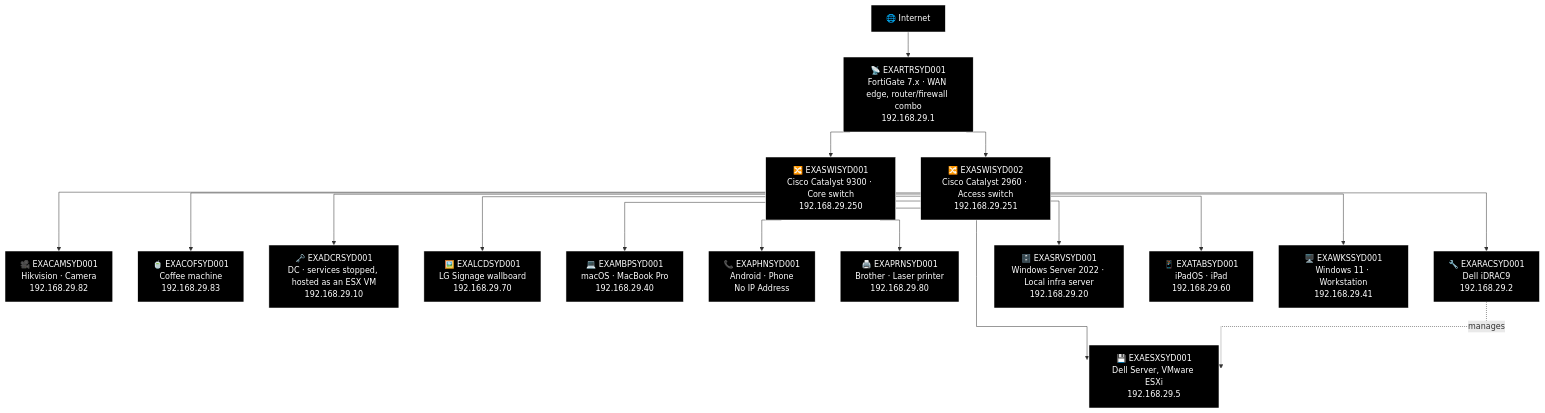
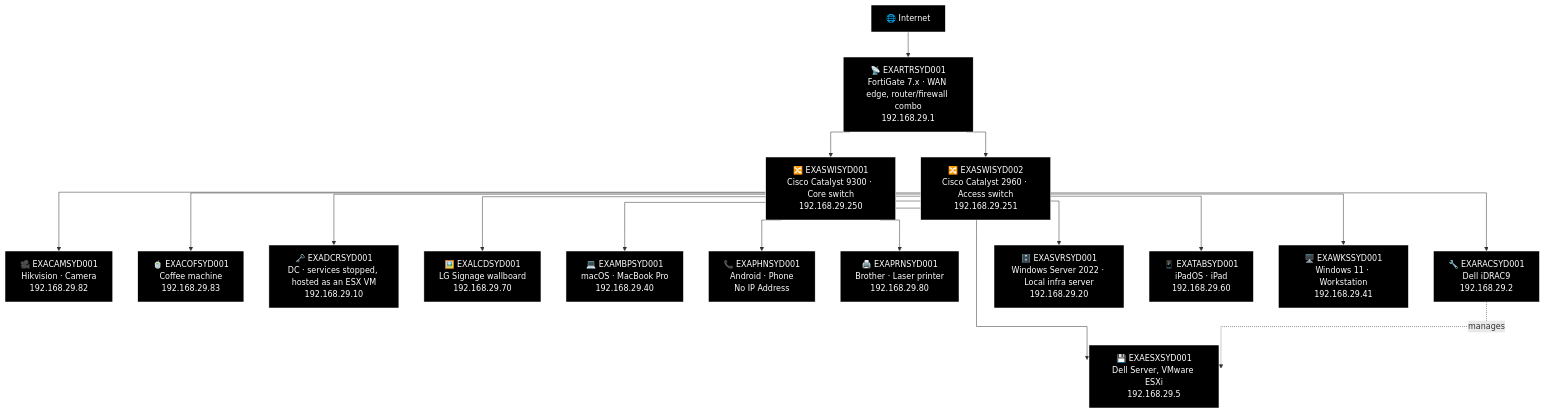
The first of 6 diagrams in docs/network-diagram/australia.md (knightmare2600/example_music_infra), drawn with Mermaid before and after one commit. The commit also changed other lines of this file and 44 other files, not shown here.

````diff
--- a/docs/network-diagram/australia.md
+++ b/docs/network-diagram/australia.md
@@ -33,55 +33,55 @@
 ```mermaid
 %% GENERATED:OLDNETWORK:SYD:START
 %%{init: {'flowchart': {'curve': 'stepAfter'}}}%%
 graph TD
     O_INET["🌐 Internet"]
     O_RTR["📡 EXARTRSYD001<br/>FortiGate 7.x · WAN edge, router/firewall combo<br/>192.168.29.1"]
     O_SWI1["🔀 EXASWISYD001<br/>Cisco Catalyst 9300 · Core switch<br/>192.168.29.250"]
     O_SWI2["🔀 EXASWISYD002<br/>Cisco Catalyst 2960 · Access switch<br/>192.168.29.251"]
     O_CAM["🎥 EXACAMSYD001<br/>Hikvision · Camera<br/>192.168.29.82"]
     O_COF["🍵 EXACOFSYD001<br/>Coffee machine<br/>192.168.29.83"]
     O_DCR["🗝️ EXADCRSYD001<br/>DC · services stopped, hosted as an ESX VM<br/>192.168.29.10"]
     O_ESX["💾 EXAESXSYD001<br/>Dell Server, VMware ESXi<br/>192.168.29.5"]
     O_LCD["🖼️ EXALCDSYD001<br/>LG Signage wallboard<br/>192.168.29.70"]
     O_MBP["💻 EXAMBPSYD001<br/>macOS · MacBook Pro<br/>192.168.29.40"]
     O_PHN["📞 EXAPHNSYD001<br/>Android · Phone<br/>No IP Address"]
     O_PRN["🖨️ EXAPRNSYD001<br/>Brother · Laser printer<br/>192.168.29.80"]
     O_RAC["🔧 EXARACSYD001<br/>Dell iDRAC9<br/>192.168.29.2"]
-    O_SRV["🗄️ EXASRVSYD001<br/>Windows Server 2022 · Local infra server<br/>192.168.29.20"]
+    O_SRV["🗄️ EXASVRSYD001<br/>Windows Server 2022 · Local infra server<br/>192.168.29.20"]
     O_TAB["📱 EXATABSYD001<br/>iPadOS · iPad<br/>192.168.29.60"]
     O_WKS["🖥️ EXAWKSSYD001<br/>Windows 11 · Workstation<br/>192.168.29.41"]
     O_INET --> O_RTR
     O_RTR --> O_SWI1
     O_RTR --> O_SWI2
     O_SWI1 --> O_CAM
     O_SWI1 --> O_COF
     O_SWI1 --> O_DCR
     O_SWI1 --> O_ESX
     O_SWI1 --> O_LCD
     O_SWI1 --> O_MBP
     O_SWI1 --> O_PHN
     O_SWI1 --> O_PRN
     O_SWI1 --> O_RAC
     O_RAC -.->|"manages"| O_ESX
     O_SWI1 --> O_SRV
     O_SWI1 --> O_TAB
     O_SWI1 --> O_WKS
 
     style O_INET fill:#000000,stroke:#FFFFFF,color:#FFFFFF
     style O_RTR fill:#000000,stroke:#FFFFFF,color:#FFFFFF
     style O_SWI1 fill:#000000,stroke:#FFFFFF,color:#FFFFFF
     style O_SWI2 fill:#000000,stroke:#FFFFFF,color:#FFFFFF
     style O_CAM fill:#000000,stroke:#FFFFFF,color:#FFFFFF
     style O_COF fill:#000000,stroke:#FFFFFF,color:#FFFFFF
     style O_DCR fill:#000000,stroke:#FFFFFF,color:#FFFFFF
     style O_ESX fill:#000000,stroke:#FFFFFF,color:#FFFFFF
     style O_LCD fill:#000000,stroke:#FFFFFF,color:#FFFFFF
     style O_MBP fill:#000000,stroke:#FFFFFF,color:#FFFFFF
     style O_PHN fill:#000000,stroke:#FFFFFF,color:#FFFFFF
     style O_PRN fill:#000000,stroke:#FFFFFF,color:#FFFFFF
     style O_RAC fill:#000000,stroke:#FFFFFF,color:#FFFFFF
     style O_SRV fill:#000000,stroke:#FFFFFF,color:#FFFFFF
     style O_TAB fill:#000000,stroke:#FFFFFF,color:#FFFFFF
     style O_WKS fill:#000000,stroke:#FFFFFF,color:#FFFFFF
 %% GENERATED:OLDNETWORK:SYD:END
 ```
````
